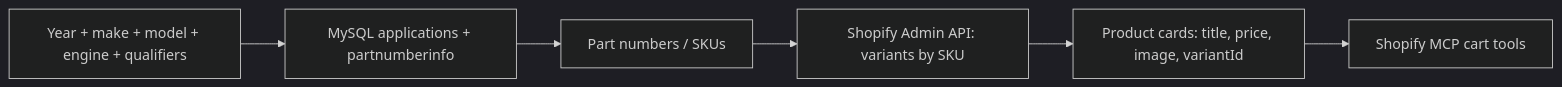
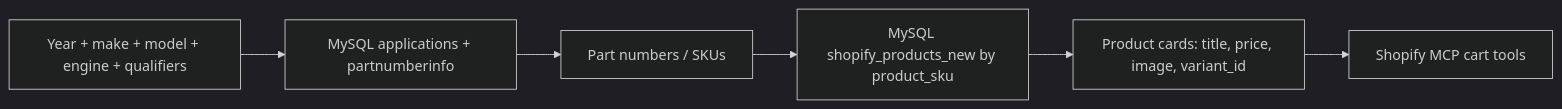
Before and after one commit to shivam-mobi/shopify-mcp: the fourth of 5 diagrams in docs/fitment-and-catalog-flow.md, drawn with Mermaid (dark theme). The commit also changed other lines of this file and 4 other files, not shown here.

````diff
--- a/docs/fitment-and-catalog-flow.md
+++ b/docs/fitment-and-catalog-flow.md
@@ -126,8 +126,8 @@
 ```mermaid
 flowchart LR
   A[Year + make + model + engine + qualifiers] --> B[MySQL applications + partnumberinfo]
   B --> C[Part numbers / SKUs]
-  C --> D[Shopify Admin API: variants by SKU]
-  D --> E[Product cards: title, price, image, variantId]
+  C --> D[MySQL shopify_products_new by product_sku]
+  D --> E[Product cards: title, price, image, variant_id]
   E --> F[Shopify MCP cart tools]
 ```
````
